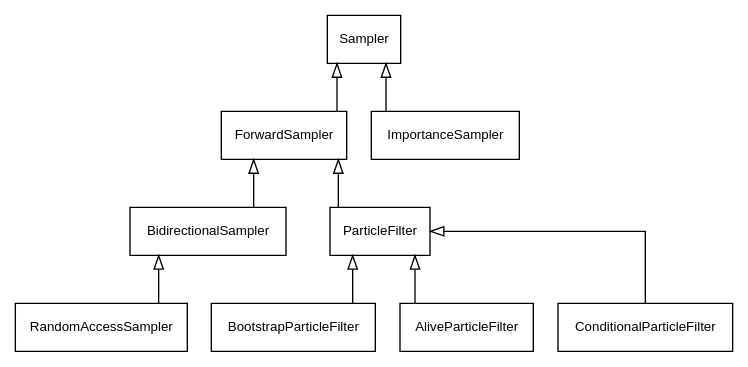
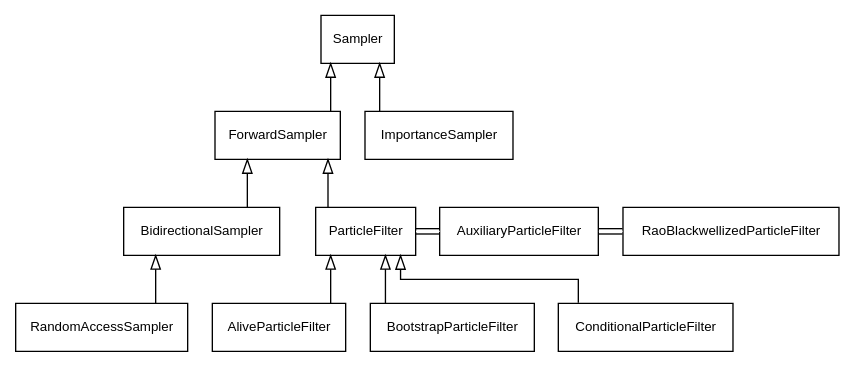
The diagram in docs/figs/Sampler.dot (lawmurray/Birch), drawn with Graphviz before and after one commit. The commit also changed 4 other files, not shown here.

Commit message:
Added class aliases for AuxiliaryParticleFilter and RaoBlackwellizedParticleFilter for documentation purposes.

```diff
--- a/docs/figs/Sampler.dot
+++ b/docs/figs/Sampler.dot
@@ -1,28 +1,36 @@
 digraph {
   splines=ortho
   concentrate=true
   rankdir=BT
   node [shape=box,fontname=Helvetica,fontsize=10,margin="0.1,0.01"]
   edge [arrowhead=empty]
 
   Sampler [href="../classes/Sampler/",target="_top"]
   ForwardSampler [href="../classes/ForwardSampler/",target="_top"]
   BidirectionalSampler [href="../classes/BidirectionalSampler/",target="_top"]
   RandomAccessSampler [href="../classes/RandomAccessSampler/",target="_top"]
 
   ImportanceSampler [href="../classes/ImportanceSampler/",target="_top"]
   ParticleFilter [href="../classes/ParticleFilter/",target="_top"]
+  AuxiliaryParticleFilter [href="../classes/AuxiliaryParticleFilter/",target="_top"]
+  RaoBlackwellizedParticleFilter [href="../classes/RaoBlackwellizedParticleFilter/",target="_top"]
+
+  AliveParticleFilter [href="../classes/AliveParticleFilter/",target="_top"]
   BootstrapParticleFilter [href="../classes/BootstrapParticleFilter/",target="_top"]
-  AliveParticleFilter [href="../classes/AliveParticleFilter/",target="_top"]
   ConditionalParticleFilter [href="../classes/ConditionalParticleFilter/",target="_top"]
 
   ForwardSampler -> Sampler
   BidirectionalSampler -> ForwardSampler
   RandomAccessSampler -> BidirectionalSampler
 
   ImportanceSampler -> Sampler
   ParticleFilter -> ForwardSampler
   BootstrapParticleFilter -> ParticleFilter
   AliveParticleFilter -> ParticleFilter
   ConditionalParticleFilter -> ParticleFilter
+
+  edge [arrowhead=none,color="black:white:black"]
+  AuxiliaryParticleFilter -> ParticleFilter [constraint=false]
+  RaoBlackwellizedParticleFilter -> AuxiliaryParticleFilter  [constraint=false]
+  {rank=same; AuxiliaryParticleFilter; RaoBlackwellizedParticleFilter; ParticleFilter}
 }
```
